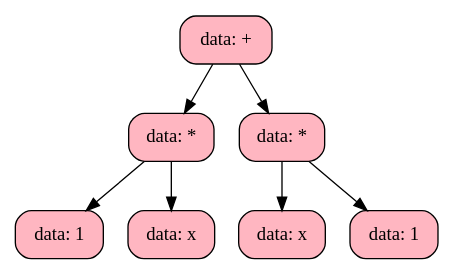
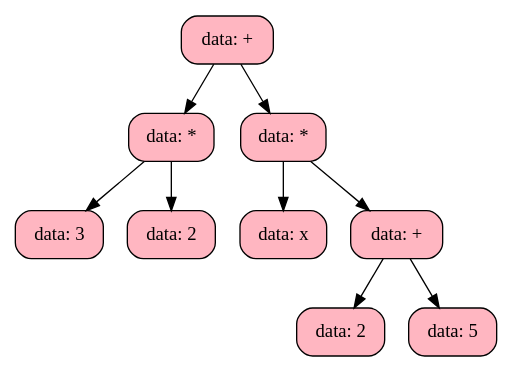
Before and after one commit to SashaOiya/Differenc: the diagram in tree.dot, drawn with Graphviz. The commit also changed 8 other files, not shown here.

```diff
--- a/tree.dot
+++ b/tree.dot
@@ -1,16 +1,20 @@
 digraph G { 
 node [shape = record];
- "006C54C8"  "006C54C8" [shape = Mrecord, style = filled, fillcolor = lightpink  label = "data: + "];
-"006C54C8" -> "006C54B0" 
- "006C54C8" -> "006C5468" 
- "006C54B0" [shape = Mrecord, style = filled, fillcolor = lightpink  label = "data: * "];
-"006C54B0" -> "006C5498" 
- "006C54B0" -> "006C5480" 
- "006C5498" [shape = Mrecord, style = filled, fillcolor = lightpink  label = "data: 1 "];
- "006C5480" [shape = Mrecord, style = filled, fillcolor = lightpink  label = "data: x "];
- "006C5468" [shape = Mrecord, style = filled, fillcolor = lightpink  label = "data: * "];
-"006C5468" -> "006C16C0" 
- "006C5468" -> "006C16A8" 
- "006C16C0" [shape = Mrecord, style = filled, fillcolor = lightpink  label = "data: x "];
- "006C16A8" [shape = Mrecord, style = filled, fillcolor = lightpink  label = "data: 1 "];
+ "001D0D60"  "001D0D60" [shape = Mrecord, style = filled, fillcolor = lightpink  label = "data: + "];
+"001D0D60" -> "001D0CA0" 
+ "001D0D60" -> "001D0D40" 
+ "001D0CA0" [shape = Mrecord, style = filled, fillcolor = lightpink  label = "data: * "];
+"001D0CA0" -> "001D0C60" 
+ "001D0CA0" -> "001D0C80" 
+ "001D0C60" [shape = Mrecord, style = filled, fillcolor = lightpink  label = "data: 3 "];
+ "001D0C80" [shape = Mrecord, style = filled, fillcolor = lightpink  label = "data: 2 "];
+ "001D0D40" [shape = Mrecord, style = filled, fillcolor = lightpink  label = "data: * "];
+"001D0D40" -> "001D0CC0" 
+ "001D0D40" -> "001D0D20" 
+ "001D0CC0" [shape = Mrecord, style = filled, fillcolor = lightpink  label = "data: x "];
+ "001D0D20" [shape = Mrecord, style = filled, fillcolor = lightpink  label = "data: + "];
+"001D0D20" -> "001D0CE0" 
+ "001D0D20" -> "001D0D00" 
+ "001D0CE0" [shape = Mrecord, style = filled, fillcolor = lightpink  label = "data: 2 "];
+ "001D0D00" [shape = Mrecord, style = filled, fillcolor = lightpink  label = "data: 5 "];
 }
```
